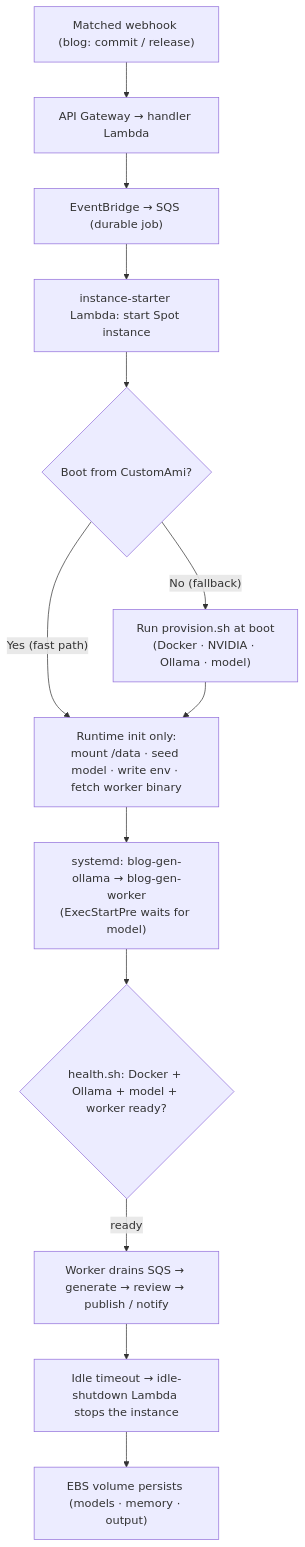
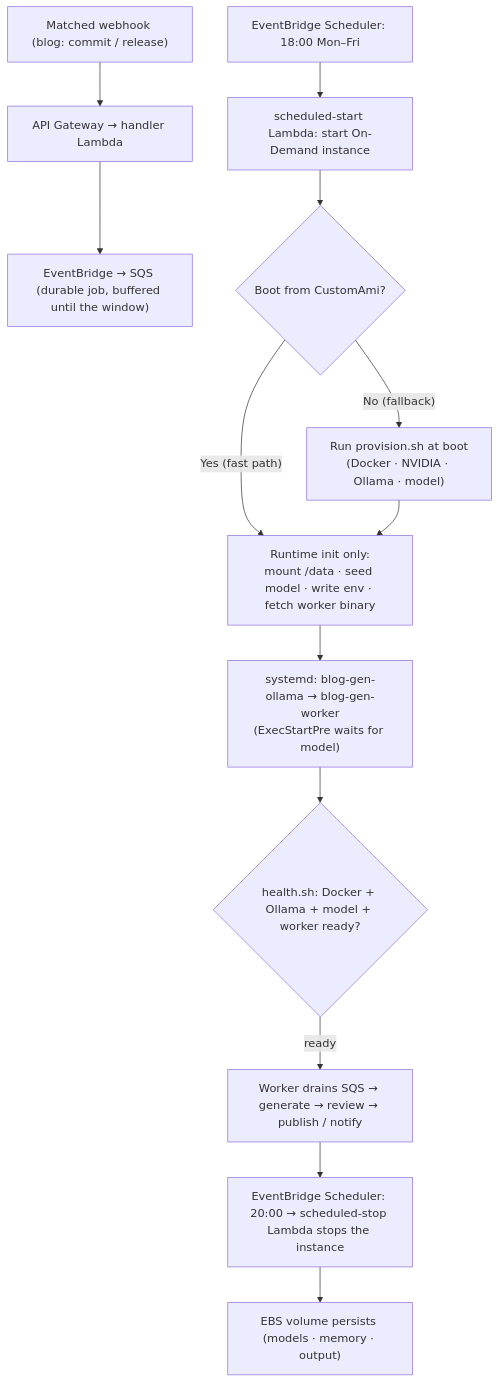
One commit to teddynted/ai-github-repository-blog-generator changed the fourth of 6 diagrams in README.md. Above: the diagram before and after it, drawn with Mermaid. The commit also changed other lines of this file and 48 other files, not shown here.

````diff
--- a/README.md
+++ b/README.md
@@ -433,15 +433,15 @@
 ```mermaid
 flowchart TD
   A["Matched webhook (blog: commit / release)"] --> B["API Gateway → handler Lambda"]
-  B --> C["EventBridge → SQS (durable job)"]
-  C --> D["instance-starter Lambda: start Spot instance"]
+  B --> C["EventBridge → SQS (durable job, buffered until the window)"]
+  S["EventBridge Scheduler: 18:00 Mon–Fri"] --> D["scheduled-start Lambda: start On-Demand instance"]
   D --> E{"Boot from CustomAmi?"}
   E -->|"Yes (fast path)"| F["Runtime init only:<br/>mount /data · seed model · write env · fetch worker binary"]
   E -->|"No (fallback)"| G["Run provision.sh at boot<br/>(Docker · NVIDIA · Ollama · model)"]
   G --> F
   F --> H["systemd: blog-gen-ollama → blog-gen-worker<br/>(ExecStartPre waits for model)"]
   H --> I{"health.sh: Docker + Ollama + model + worker ready?"}
   I -->|"ready"| J["Worker drains SQS → generate → review → publish / notify"]
-  J --> K["Idle timeout → idle-shutdown Lambda stops the instance"]
+  J --> K["EventBridge Scheduler: 20:00 → scheduled-stop Lambda stops the instance"]
   K --> L["EBS volume persists (models · memory · output)"]
 ```
````
